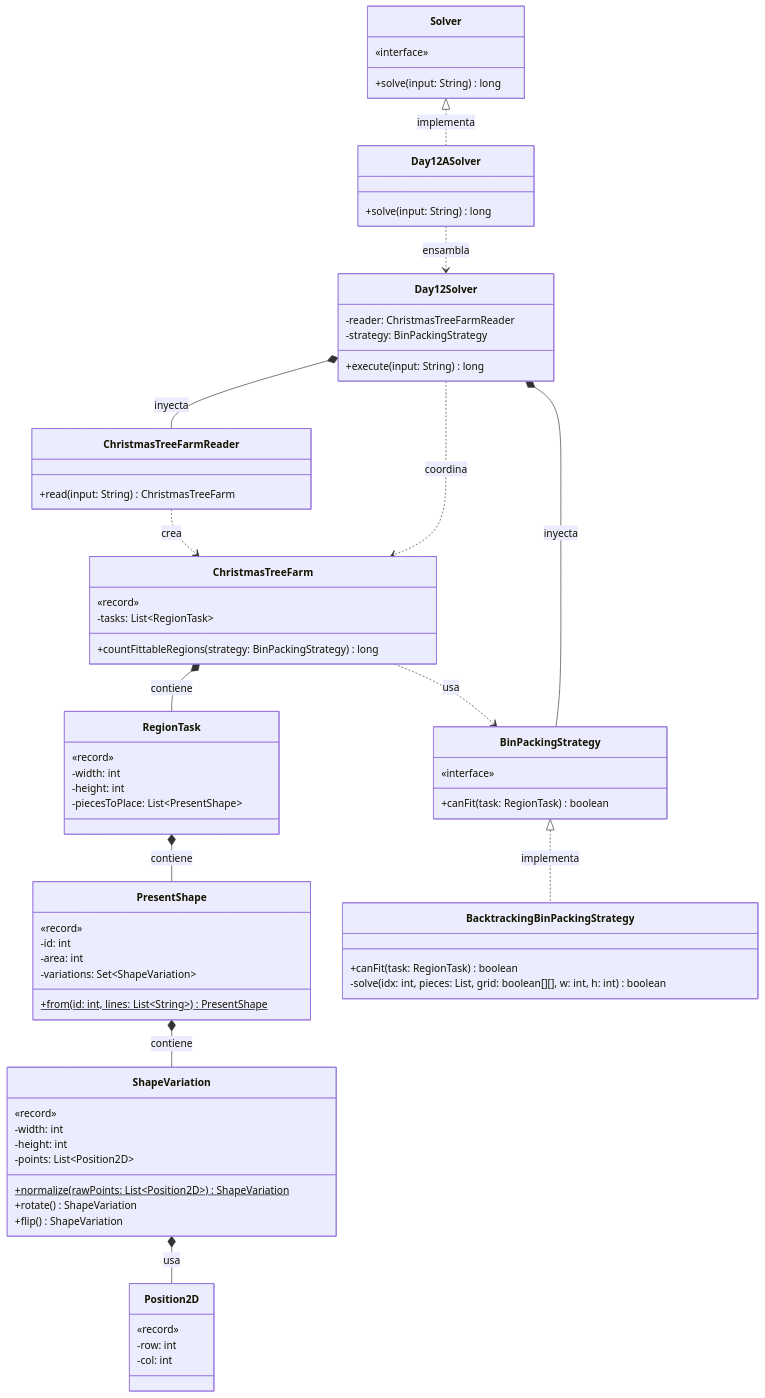
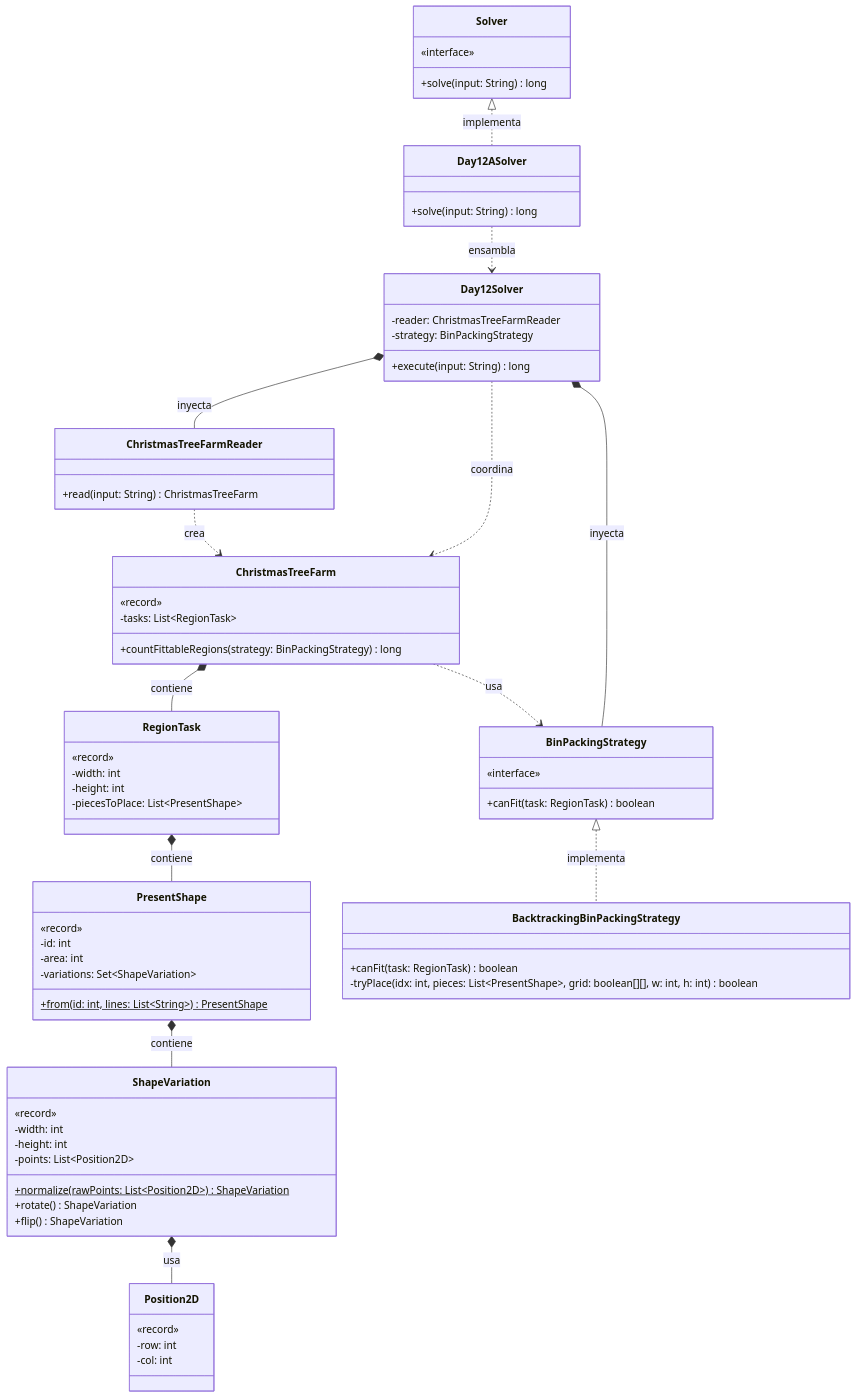
The diagram in src/main/java/software/aoc/day12/README.md (ivanperezdiaz829/AoC2025), drawn with Mermaid before and after one commit. The commit also changed other lines of this file and 12 other files, not shown here.

```diff
--- a/src/main/java/software/aoc/day12/README.md
+++ b/src/main/java/software/aoc/day12/README.md
@@ -95,7 +99,7 @@
 
   class BacktrackingBinPackingStrategy {
     +canFit(task: RegionTask) boolean
-    -solve(idx: int, pieces: List, grid: boolean[][], w: int, h: int) boolean
+    -tryPlace(idx: int, pieces: List~PresentShape~, grid: boolean[][], w: int, h: int) boolean
   }
 
   class ChristmasTreeFarmReader {
```
